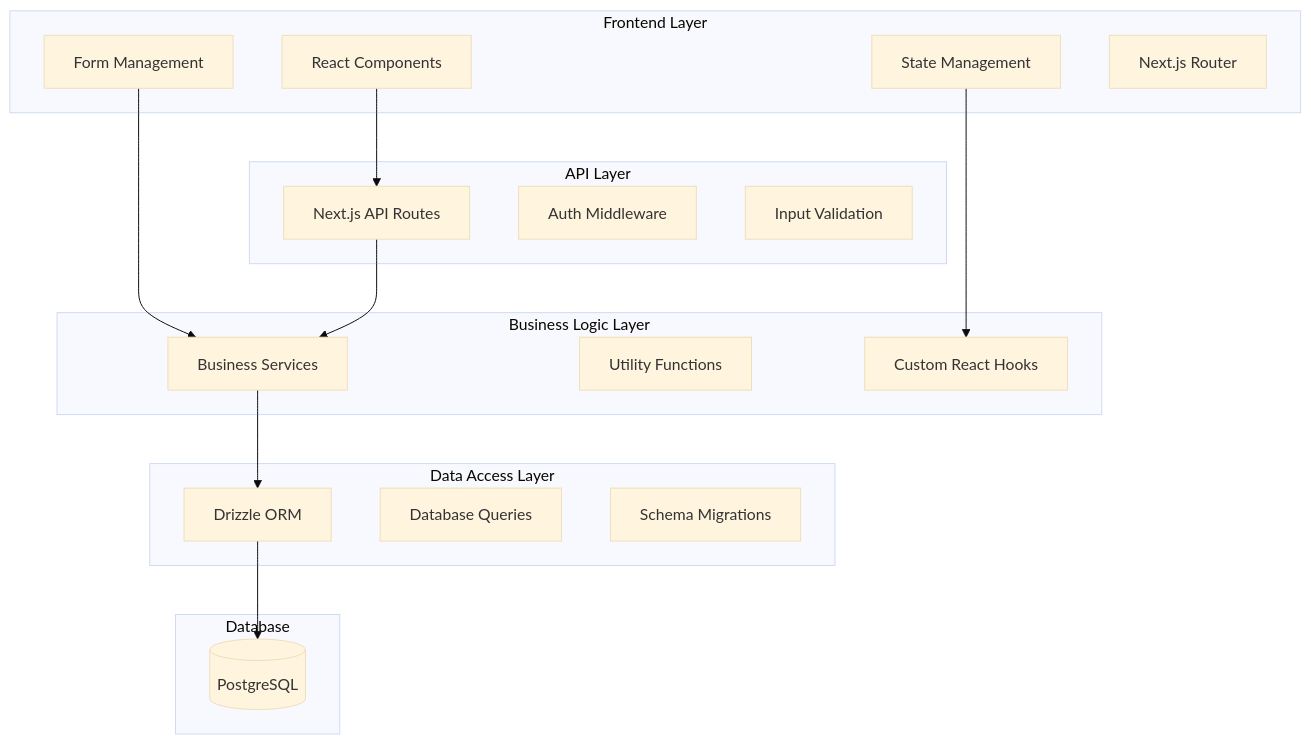
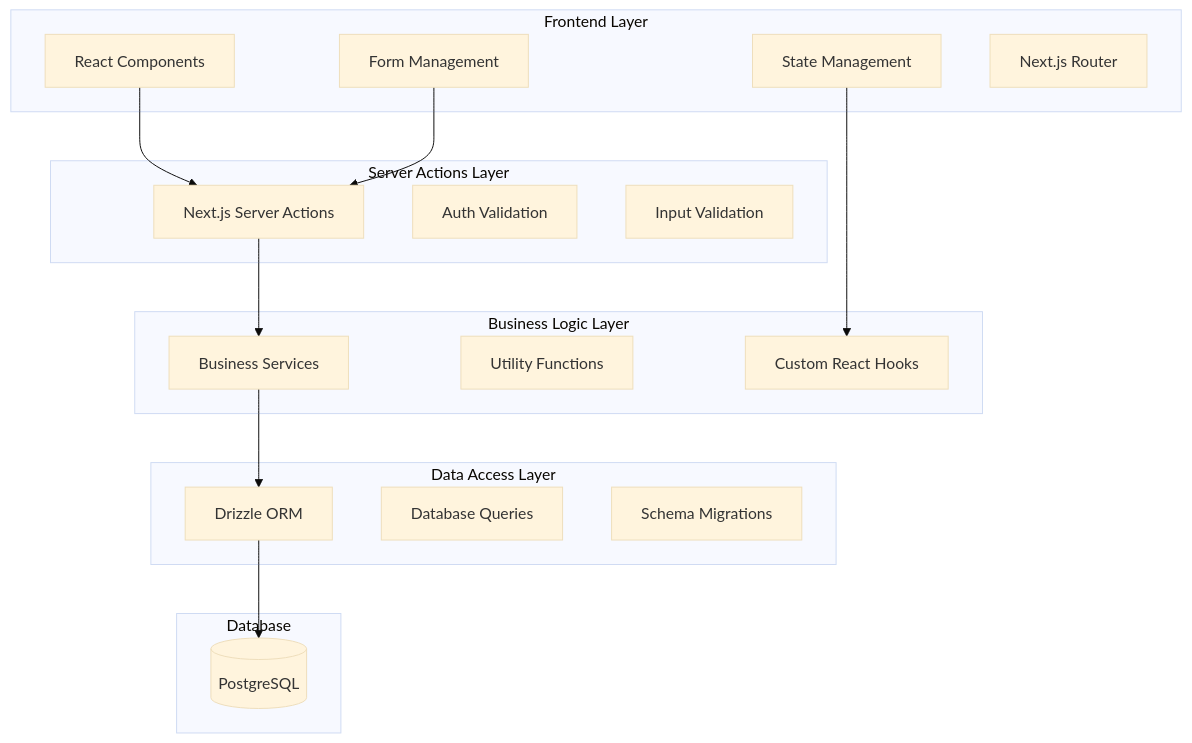
One commit to jchademwiri/tender-track-360 changed the diagram in .kiro/specs/tender-management-crud/design.md. Above: the diagram before and after it, drawn with Mermaid (base theme). The commit also changed other lines of this file and 3 other files, not shown here.

First line of the commit message:
docs(specs): Remove database schema simplification requirements and update tender management documentation

````diff
--- a/.kiro/specs/tender-management-crud/design.md
+++ b/.kiro/specs/tender-management-crud/design.md
@@ -13,38 +13,38 @@
 ```mermaid
 graph TB
     subgraph "Frontend Layer"
         UI[React Components]
         Forms[Form Management]
         State[State Management]
         Router[Next.js Router]
     end
 
-    subgraph "API Layer"
-        API[Next.js API Routes]
-        Middleware[Auth Middleware]
+    subgraph "Server Actions Layer"
+        Actions[Next.js Server Actions]
+        Auth[Auth Validation]
         Validation[Input Validation]
     end
 
     subgraph "Business Logic Layer"
         Services[Business Services]
         Utils[Utility Functions]
         Hooks[Custom React Hooks]
     end
 
     subgraph "Data Access Layer"
         ORM[Drizzle ORM]
         Queries[Database Queries]
         Migrations[Schema Migrations]
     end
 
     subgraph "Database"
         PG[(PostgreSQL)]
     end
 
-    UI --> API
-    Forms --> Services
+    UI --> Actions
+    Forms --> Actions
     State --> Hooks
-    API --> Services
+    Actions --> Services
     Services --> ORM
     ORM --> PG
 ```
````
